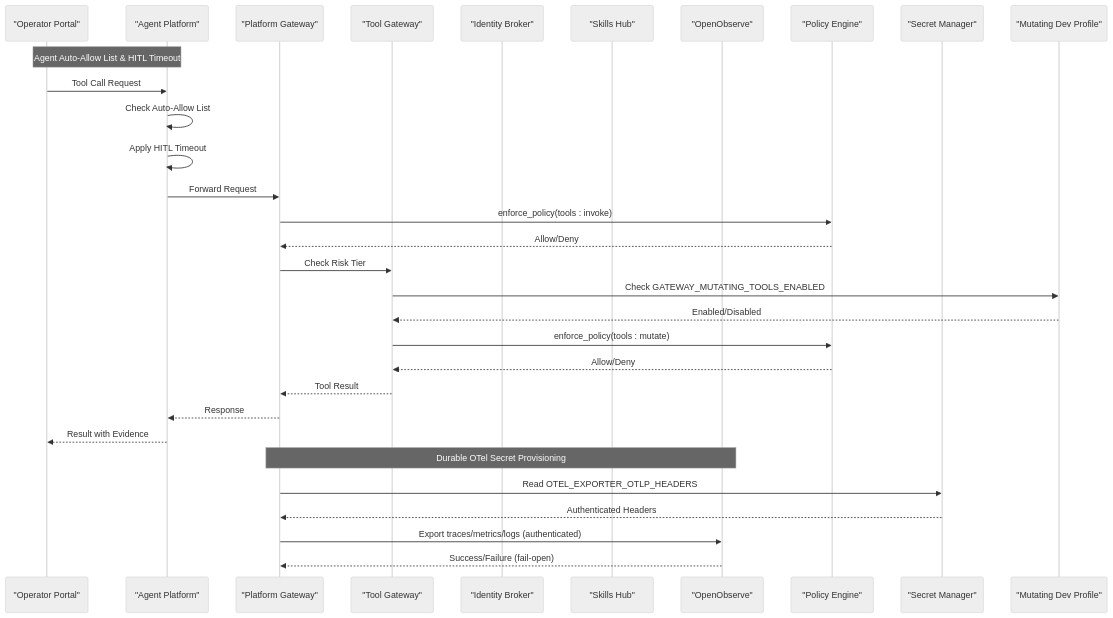
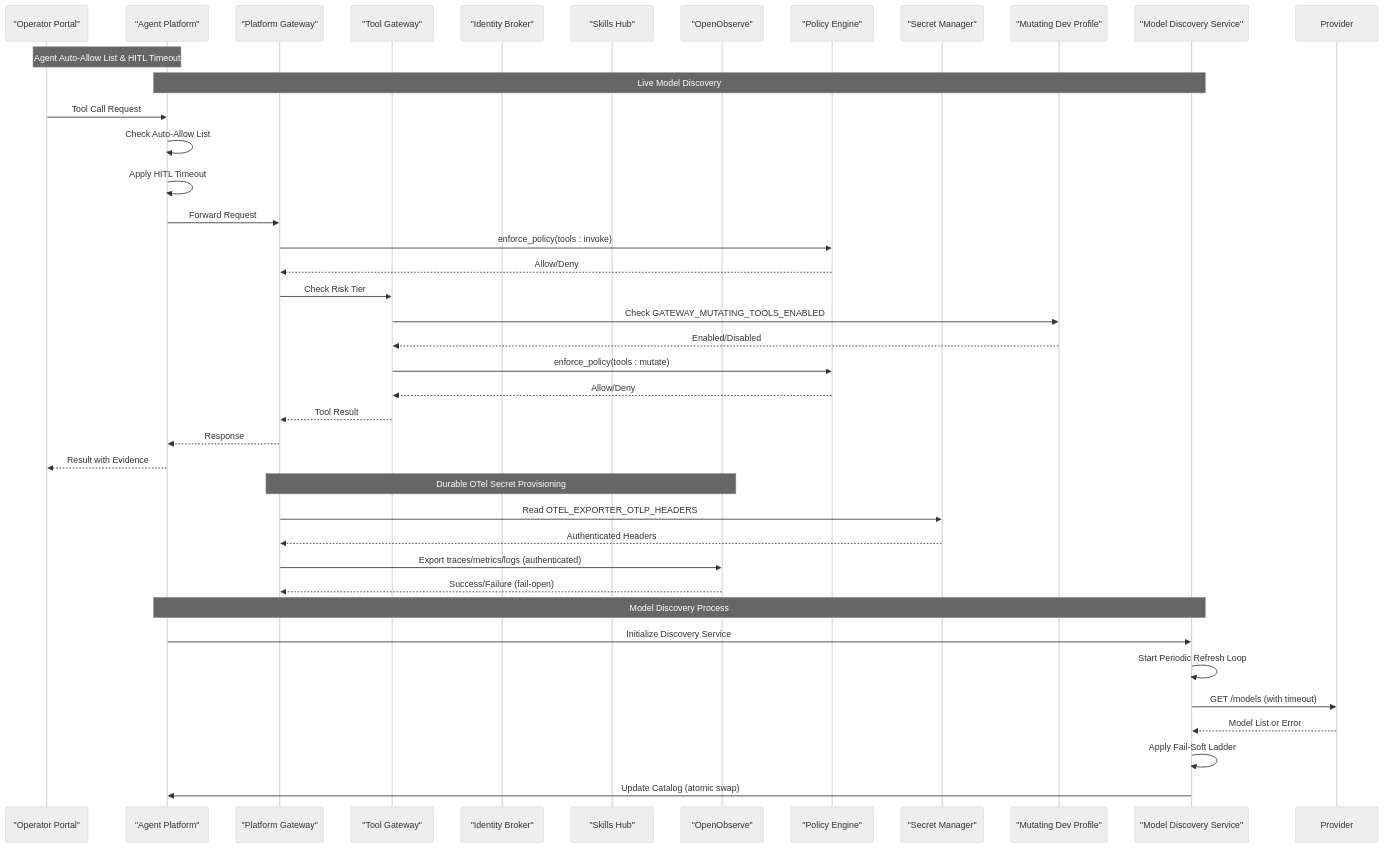
Before and after one commit to metasync/luban-aiops: the second of 14 diagrams in .qoder/repowiki/en/content/Tool Gateway Service/Configuration and Environment Setup.md, drawn with Mermaid (neutral theme). The commit also changed other lines of this file and 7 other files, not shown here.

````diff
--- a/.qoder/repowiki/en/content/Tool Gateway Service/Configuration and Environment Setup.md
+++ b/.qoder/repowiki/en/content/Tool Gateway Service/Configuration and Environment Setup.md
@@ -255,33 +269,42 @@
 ```mermaid
 sequenceDiagram
 participant Portal as "Operator Portal"
 participant Agent as "Agent Platform"
 participant Gateway as "Platform Gateway"
 participant ToolGW as "Tool Gateway"
 participant Identity as "Identity Broker"
 participant Skills as "Skills Hub"
 participant OTel as "OpenObserve"
 participant Policy as "Policy Engine"
 participant Secrets as "Secret Manager"
 participant MutDev as "Mutating Dev Profile"
+participant ModelDisc as "Model Discovery Service"
 Note over Portal,Agent : Agent Auto-Allow List & HITL Timeout
+Note over Agent,ModelDisc : Live Model Discovery
 Portal->>Agent : Tool Call Request
 Agent->>Agent : Check Auto-Allow List
 Agent->>Agent : Apply HITL Timeout
 Agent->>Gateway : Forward Request
 Gateway->>Policy : enforce_policy(tools : invoke)
 Policy-->>Gateway : Allow/Deny
 Gateway->>ToolGW : Check Risk Tier
 ToolGW->>MutDev : Check GATEWAY_MUTATING_TOOLS_ENABLED
 MutDev-->>ToolGW : Enabled/Disabled
 ToolGW->>Policy : enforce_policy(tools : mutate)
 Policy-->>ToolGW : Allow/Deny
 ToolGW-->>Gateway : Tool Result
 Gateway-->>Agent : Response
 Agent-->>Portal : Result with Evidence
 Note over Gateway,OTel : Durable OTel Secret Provisioning
 Gateway->>Secrets : Read OTEL_EXPORTER_OTLP_HEADERS
 Secrets-->>Gateway : Authenticated Headers
 Gateway->>OTel : Export traces/metrics/logs (authenticated)
 OTel-->>Gateway : Success/Failure (fail-open)
+Note over Agent,ModelDisc : Model Discovery Process
+Agent->>ModelDisc : Initialize Discovery Service
+ModelDisc->>ModelDisc : Start Periodic Refresh Loop
+ModelDisc->>Provider : GET /models (with timeout)
+Provider-->>ModelDisc : Model List or Error
+ModelDisc->>ModelDisc : Apply Fail-Soft Ladder
+ModelDisc->>Agent : Update Catalog (atomic swap)
 ```
````
